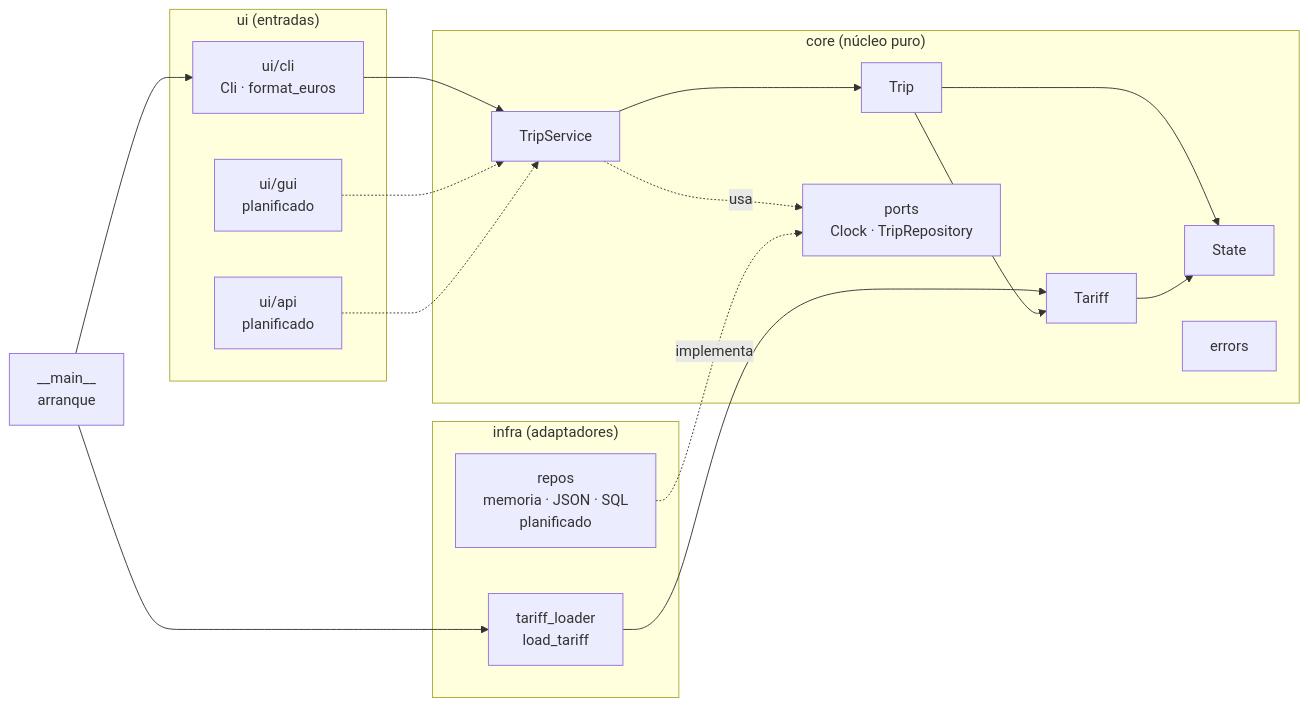
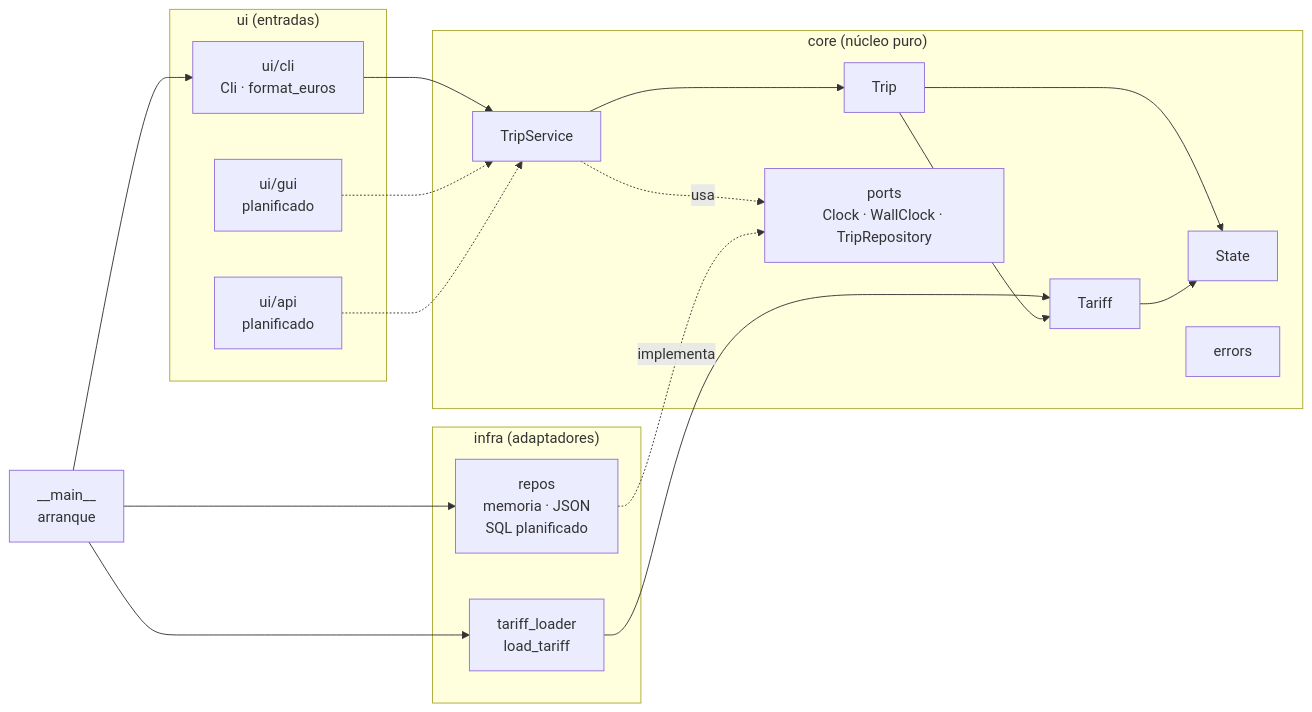
Before and after one commit to josegalindo-aidev/F5-project-py-taximetro: the first of 4 diagrams in docs/architecture.md, drawn with Mermaid. The commit also changed other lines of this file and 3 other files, not shown here.

````diff
--- a/docs/architecture.md
+++ b/docs/architecture.md
@@ -59,37 +60,38 @@
 ```mermaid
 flowchart LR
     MAIN["__main__<br/>arranque"]
 
     subgraph UI["ui (entradas)"]
         CLI["ui/cli<br/>Cli · format_euros"]
         GUI["ui/gui<br/>planificado"]
         API["ui/api<br/>planificado"]
     end
 
     subgraph CORE["core (núcleo puro)"]
         SVC["TripService"]
         TRIP["Trip"]
         TAR["Tariff"]
         ST["State"]
         ERR["errors"]
-        PORTS["ports<br/>Clock · TripRepository"]
+        PORTS["ports<br/>Clock · WallClock · TripRepository"]
     end
 
     subgraph INFRA["infra (adaptadores)"]
         LOADER["tariff_loader<br/>load_tariff"]
-        REPOS["repos<br/>memoria · JSON · SQL<br/>planificado"]
+        REPOS["repos<br/>memoria · JSON<br/>SQL planificado"]
     end
 
     MAIN --> CLI
     MAIN --> LOADER
+    MAIN --> REPOS
     LOADER --> TAR
     CLI --> SVC
     SVC --> TRIP
     TRIP --> TAR
     TRIP --> ST
     TAR --> ST
     SVC -. usa .-> PORTS
     REPOS -. implementa .-> PORTS
     GUI -.-> SVC
     API -.-> SVC
 ```
````
